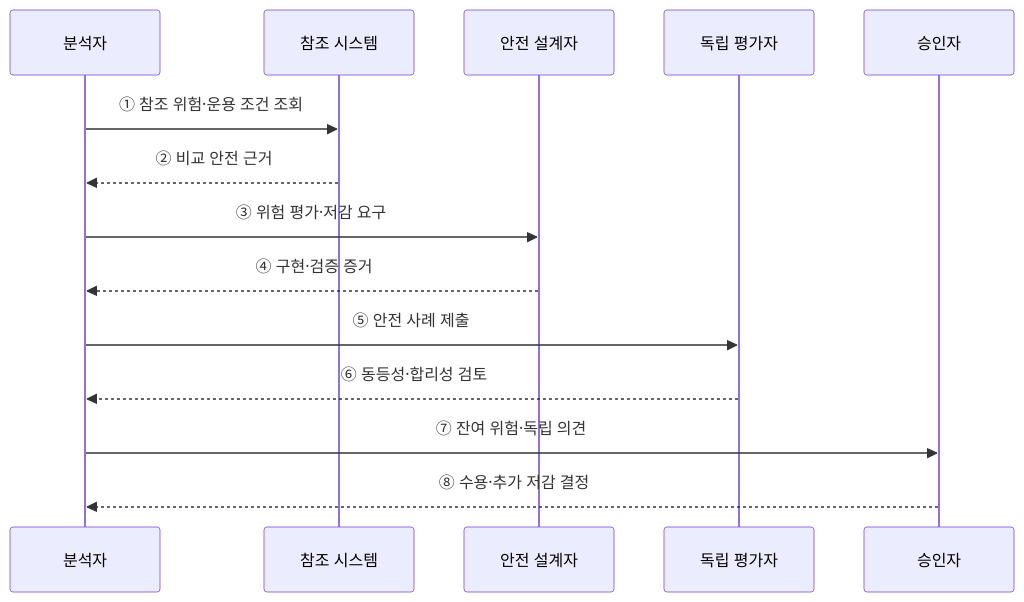
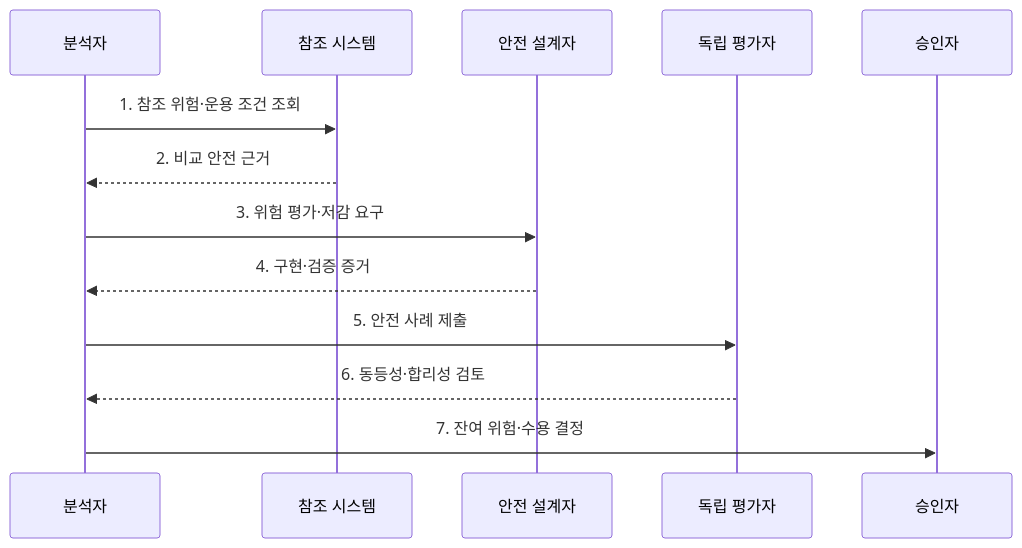
Before and after one commit to agnusdei1207/knowledge-base: the second of 2 diagrams in src/content/docs/notes/03-software/077_software_safety_gamab_alarp.md, drawn with Mermaid. The commit also changed other lines of this file and 20 other files, not shown here.

````diff
--- a/src/content/docs/notes/03-software/077_software_safety_gamab_alarp.md
+++ b/src/content/docs/notes/03-software/077_software_safety_gamab_alarp.md
@@ -67,16 +78,15 @@
 ```mermaid
 sequenceDiagram
     participant A as 분석자
     participant F as 참조 시스템
     participant S as 안전 설계자
     participant V as 독립 평가자
     participant R as 승인자
-    A->>F: ① 참조 위험·운용 조건 조회
-    F-->>A: ② 비교 안전 근거
-    A->>S: ③ 위험 평가·저감 요구
-    S-->>A: ④ 구현·검증 증거
-    A->>V: ⑤ 안전 사례 제출
-    V-->>A: ⑥ 동등성·합리성 검토
-    A->>R: ⑦ 잔여 위험·독립 의견
-    R-->>A: ⑧ 수용·추가 저감 결정
+    A->>F: 1. 참조 위험·운용 조건 조회
+    F-->>A: 2. 비교 안전 근거
+    A->>S: 3. 위험 평가·저감 요구
+    S-->>A: 4. 구현·검증 증거
+    A->>V: 5. 안전 사례 제출
+    V-->>A: 6. 동등성·합리성 검토
+    A->>R: 7. 잔여 위험·수용 결정
 ```
````
